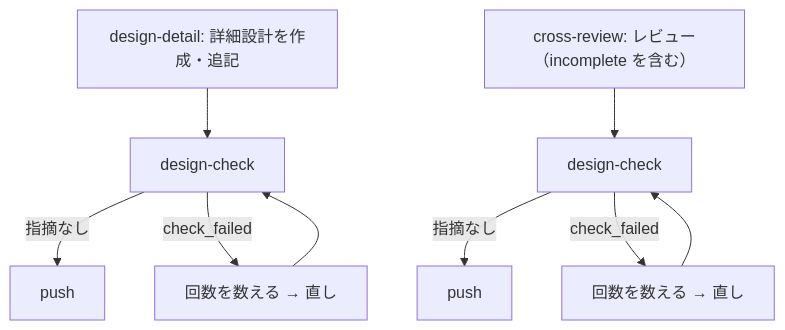
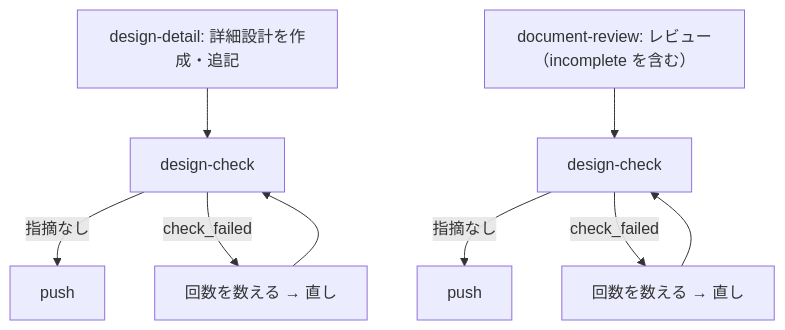
The fourth of 4 diagrams in issues/issue-2912-design.md (devbasex/ai-plugins), drawn with Mermaid before and after one commit. The commit also changed other lines of this file and 1 other file, not shown here.

````diff
--- a/issues/issue-2912-design.md
+++ b/issues/issue-2912-design.md
@@ -188,7 +223,7 @@
 ```mermaid
 graph TD
     w["design-detail: 詳細設計を作成・追記"] --> k1["design-check"] -->|"指摘なし"| u1["push"]
     k1 -->|"check_failed"| x1["回数を数える → 直し"] --> k1
-    v["cross-review: レビュー（incomplete を含む）"] --> k2["design-check"] -->|"指摘なし"| u2["push"]
+    v["document-review: レビュー（incomplete を含む）"] --> k2["design-check"] -->|"指摘なし"| u2["push"]
     k2 -->|"check_failed"| x2["回数を数える → 直し"] --> k2
 ```
````
